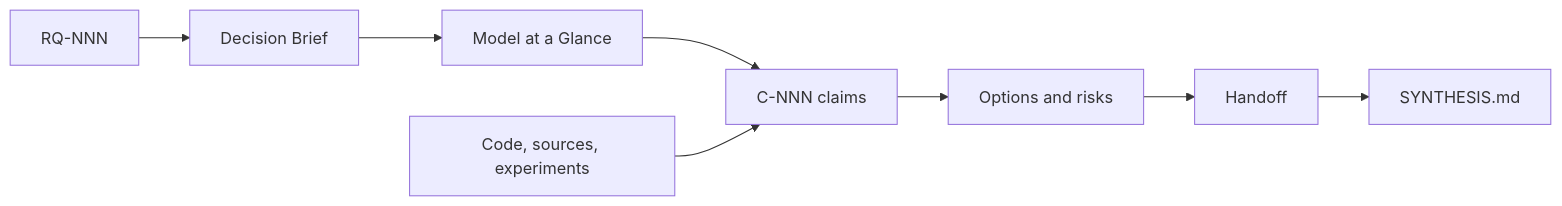
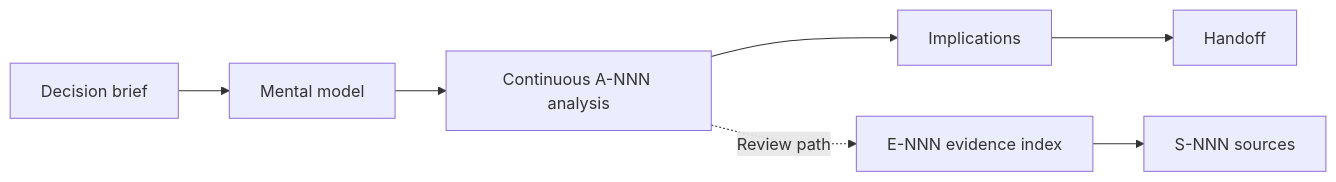
One commit to XiaoWeiKIN/RepoFoundryAI changed the diagram in engineering-research/references/topic.md. Above: the diagram before and after it, drawn with Mermaid. The commit also changed other lines of this file and 8 other files, not shown here.

````diff
--- a/engineering-research/references/topic.md
+++ b/engineering-research/references/topic.md
@@ -24,10 +23,9 @@
 ```mermaid
 flowchart LR
-    Q["RQ-NNN"] --> B["Decision Brief"]
-    B --> M["Model at a Glance"]
-    M --> C["C-NNN claims"]
-    E["Code, sources, experiments"] --> C
-    C --> O["Options and risks"]
-    O --> H["Handoff"]
-    H --> S["SYNTHESIS.md"]
+    B["Decision brief"] --> M["Mental model"]
+    M --> A["Continuous A-NNN analysis"]
+    A --> I["Implications"]
+    I --> H["Handoff"]
+    A -.->|"Review path"| E["E-NNN evidence index"]
+    E --> S["S-NNN sources"]
 ```
````
